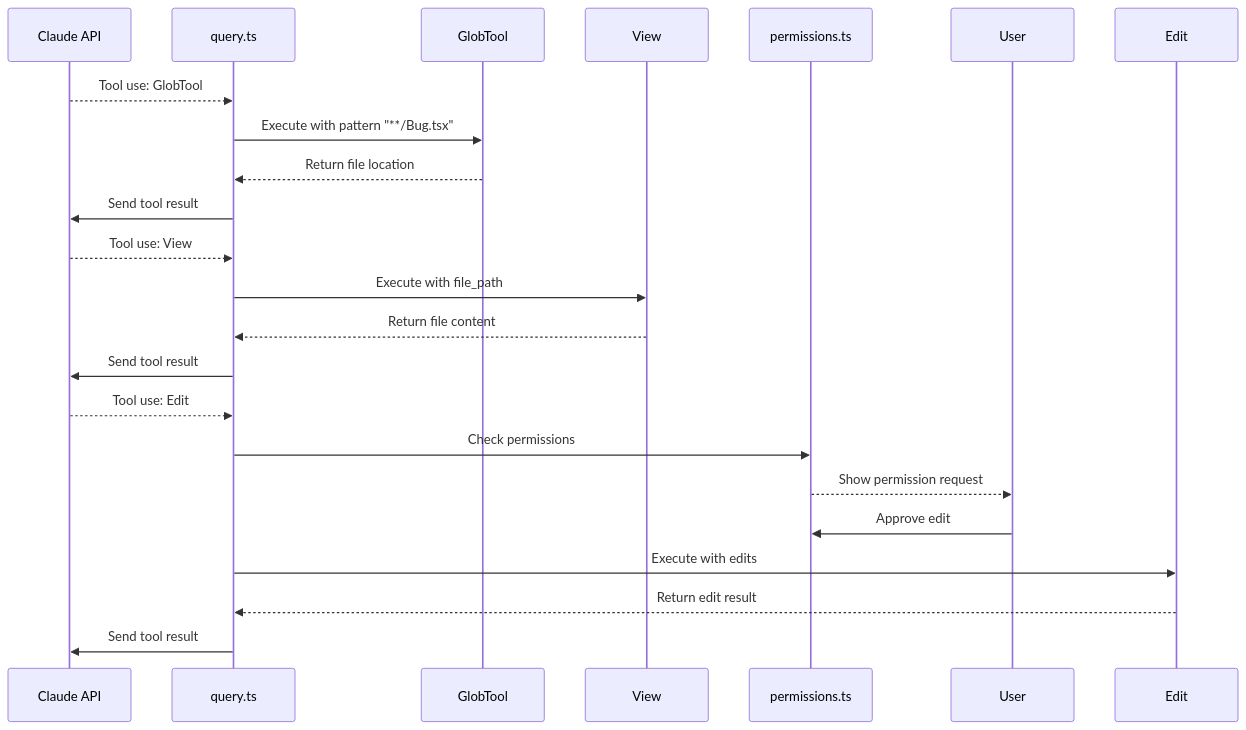
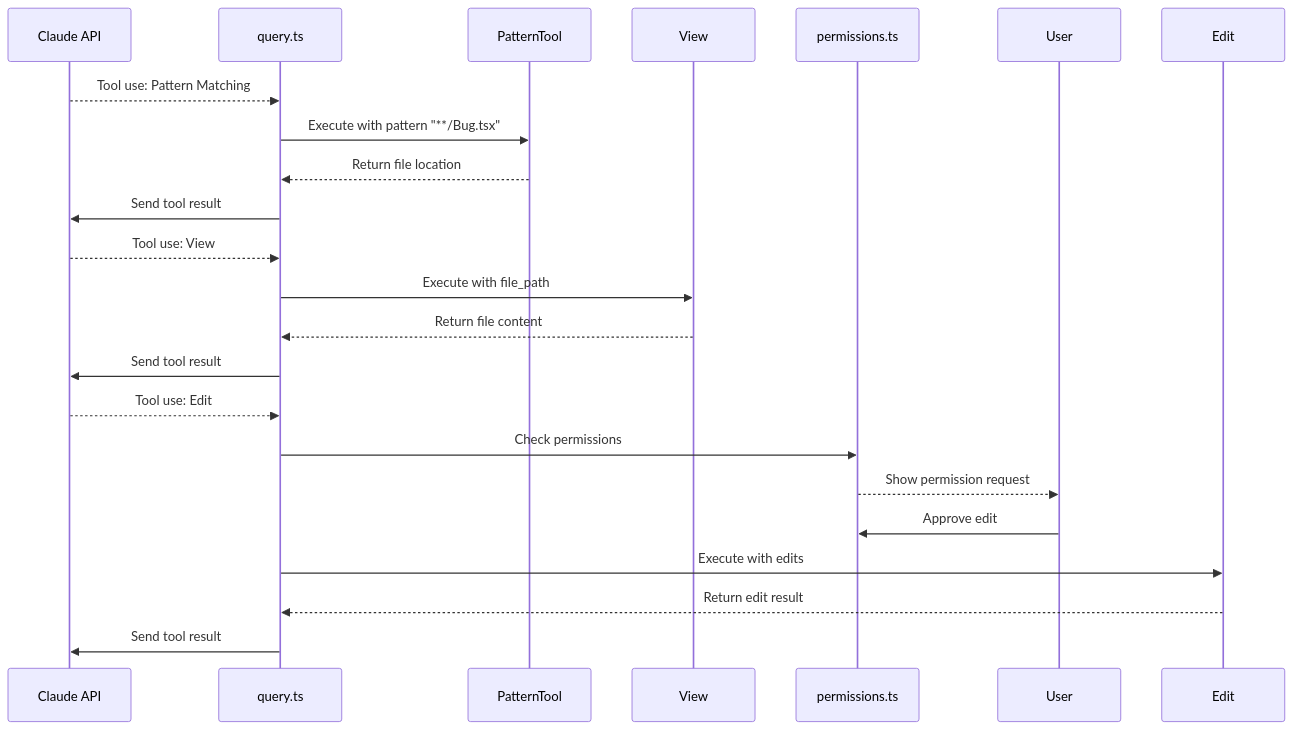
One commit to Szermer/QED changed the second of 3 diagrams in src/real-world-examples.md. Above: the diagram before and after it, drawn with Mermaid. The commit also changed other lines of this file and 82 other files, not shown here.

````diff
--- a/src/real-world-examples.md
+++ b/src/real-world-examples.md
@@ -125,18 +125,18 @@
 ```mermaid
 sequenceDiagram
-    Claude API-->>query.ts: Tool use: GlobTool
-    query.ts->>GlobTool: Execute with pattern "**/Bug.tsx"
-    GlobTool-->>query.ts: Return file location
+    Claude API-->>query.ts: Tool use: Pattern Matching
+    query.ts->>PatternTool: Execute with pattern "**/Bug.tsx"
+    PatternTool-->>query.ts: Return file location
     query.ts->>Claude API: Send tool result
     Claude API-->>query.ts: Tool use: View
     query.ts->>View: Execute with file_path
     View-->>query.ts: Return file content
     query.ts->>Claude API: Send tool result
     Claude API-->>query.ts: Tool use: Edit
     query.ts->>permissions.ts: Check permissions
     permissions.ts-->>User: Show permission request
     User->>permissions.ts: Approve edit
     query.ts->>Edit: Execute with edits
     Edit-->>query.ts: Return edit result
     query.ts->>Claude API: Send tool result
 ```
````
